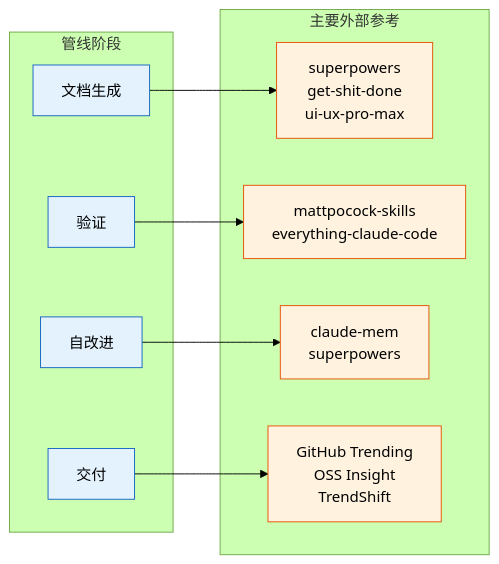
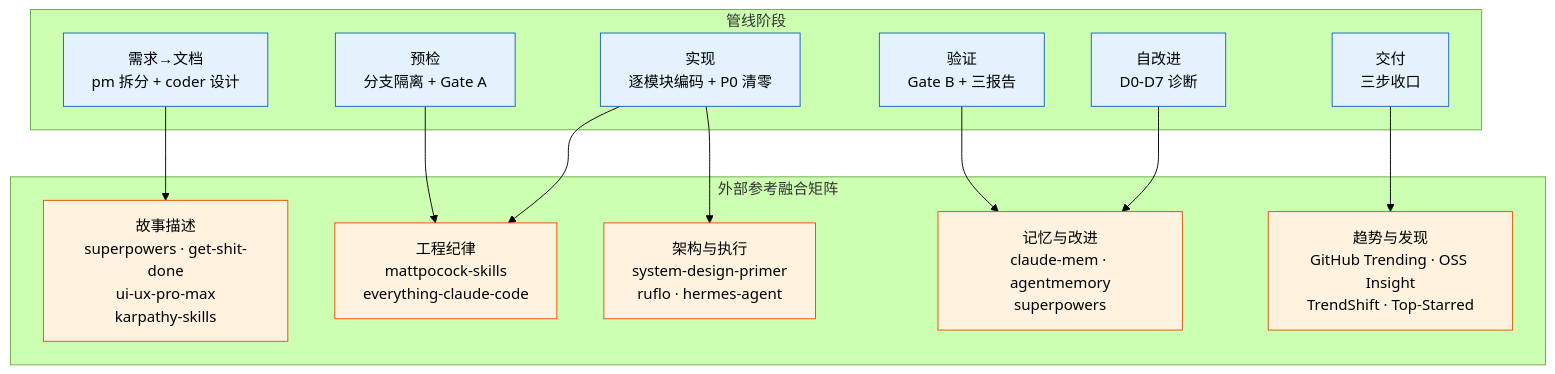
One commit to effiy/YrY changed diagram 11 of 11 in skills/rui/SKILL.md. Above: the diagram before and after it, drawn with Mermaid (forest theme). The commit also changed other lines of this file and 22 other files, not shown here.

````diff
--- a/skills/rui/SKILL.md
+++ b/skills/rui/SKILL.md
@@ -477,24 +477,28 @@
 ```mermaid
-flowchart LR
+flowchart TB
     subgraph 阶段["管线阶段"]
-        S1["文档生成"]:::phase
-        S2["验证"]:::phase
-        S3["自改进"]:::phase
-        S4["交付"]:::phase
+        S1["需求→文档<br/>pm 拆分 + coder 设计"]:::phase
+        S2["预检<br/>分支隔离 + Gate A"]:::phase
+        S3["实现<br/>逐模块编码 + P0 清零"]:::phase
+        S4["验证<br/>Gate B + 三报告"]:::phase
+        S5["自改进<br/>D0-D7 诊断"]:::phase
+        S6["交付<br/>三步收口"]:::phase
     end
 
-    subgraph 参考["主要外部参考"]
-        R1["superpowers<br/>get-shit-done<br/>ui-ux-pro-max"]:::ref
-        R2["mattpocock-skills<br/>everything-claude-code"]:::ref
-        R3["claude-mem<br/>superpowers"]:::ref
-        R4["GitHub Trending<br/>OSS Insight<br/>TrendShift"]:::ref
+    subgraph 参考["外部参考融合矩阵"]
+        R1["故事描述<br/>superpowers · get-shit-done<br/>ui-ux-pro-max<br/>karpathy-skills"]:::ref
+        R2["工程纪律<br/>mattpocock-skills<br/>everything-claude-code"]:::ref
+        R3["架构与执行<br/>system-design-primer<br/>ruflo · hermes-agent"]:::ref
+        R4["记忆与改进<br/>claude-mem · agentmemory<br/>superpowers"]:::ref
+        R5["趋势与发现<br/>GitHub Trending · OSS Insight<br/>TrendShift · Top-Starred"]:::ref
     end
 
     S1 --> R1
-    S2 --> R2
+    S2 & S3 --> R2
     S3 --> R3
-    S4 --> R4
+    S4 & S5 --> R4
+    S6 --> R5
 
     classDef phase fill:#e3f2fd,stroke:#1565c0;
     classDef ref fill:#fff3e0,stroke:#e65100;
 ```
````
